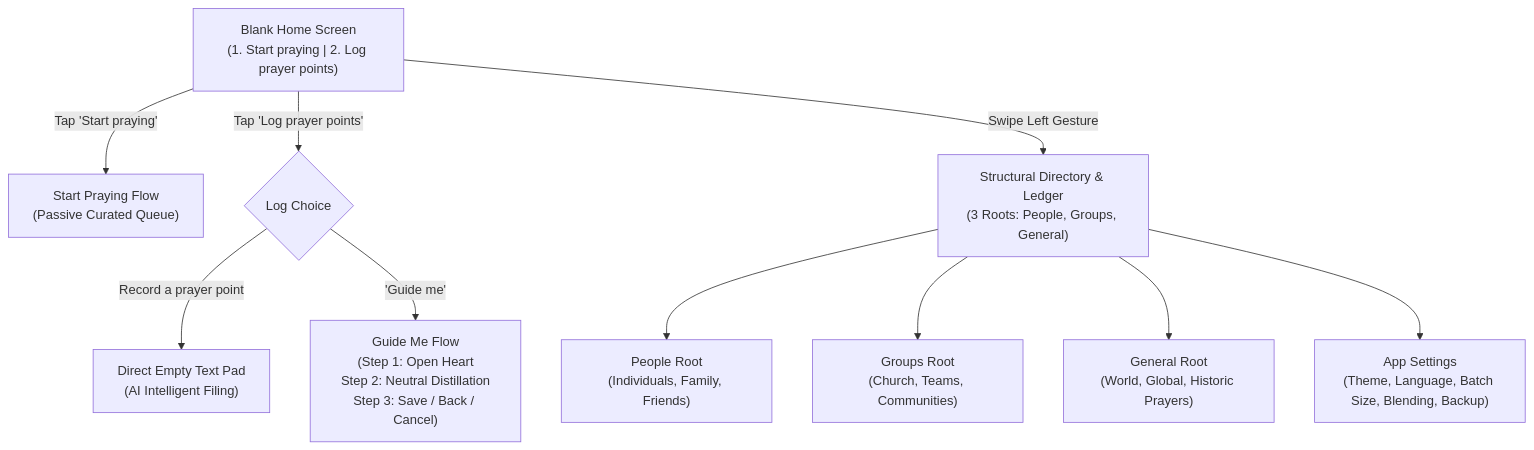
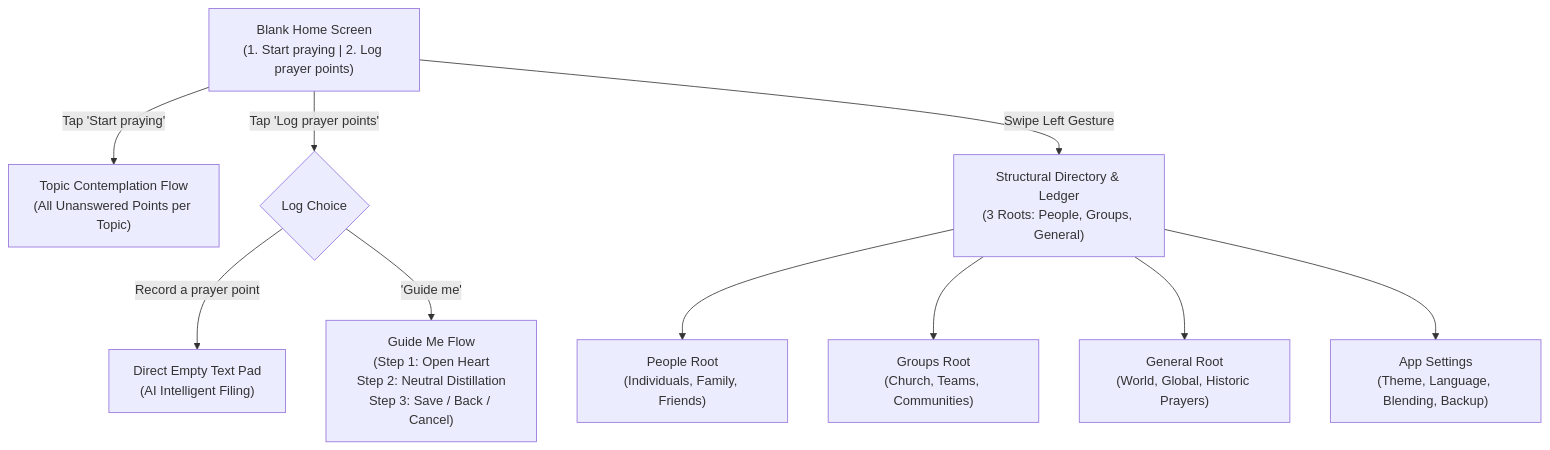
One commit to iamenianc/Prayer changed the first of 3 diagrams in UX.md. Above: the diagram before and after it, drawn with Mermaid. The commit also changed other lines of this file and 3 other files, not shown here.

Commit message:
Specification: Replace batches with Topic-centric contemplation and expandable answered prayers

````diff
--- a/UX.md
+++ b/UX.md
@@ -52,16 +52,16 @@
 ```mermaid
 graph TD
     Home["Blank Home Screen<br/>(1. Start praying | 2. Log prayer points)"]
     
-    Home -->|"Tap 'Start praying'"| PraySession["Start Praying Flow<br/>(Passive Curated Queue)"]
+    Home -->|"Tap 'Start praying'"| PraySession["Topic Contemplation Flow<br/>(All Unanswered Points per Topic)"]
     Home -->|"Tap 'Log prayer points'"| LogChoice{"Log Choice"}
     Home -->|"Swipe Left Gesture"| Directory["Structural Directory & Ledger<br/>(3 Roots: People, Groups, General)"]
     
     LogChoice -->|"Record a prayer point"| DirectCapture["Direct Empty Text Pad<br/>(AI Intelligent Filing)"]
     LogChoice -->|"'Guide me'"| GuideMeFlow["Guide Me Flow<br/>(Step 1: Open Heart<br/>Step 2: Neutral Distillation<br/>Step 3: Save / Back / Cancel)"]
     
     Directory --> PeopleRoot["People Root<br/>(Individuals, Family, Friends)"]
     Directory --> GroupsRoot["Groups Root<br/>(Church, Teams, Communities)"]
     Directory --> GeneralRoot["General Root<br/>(World, Global, Historic Prayers)"]
-    Directory --> Settings["App Settings<br/>(Theme, Language, Batch Size, Blending, Backup)"]
+    Directory --> Settings["App Settings<br/>(Theme, Language, Blending, Backup)"]
 ```
````
